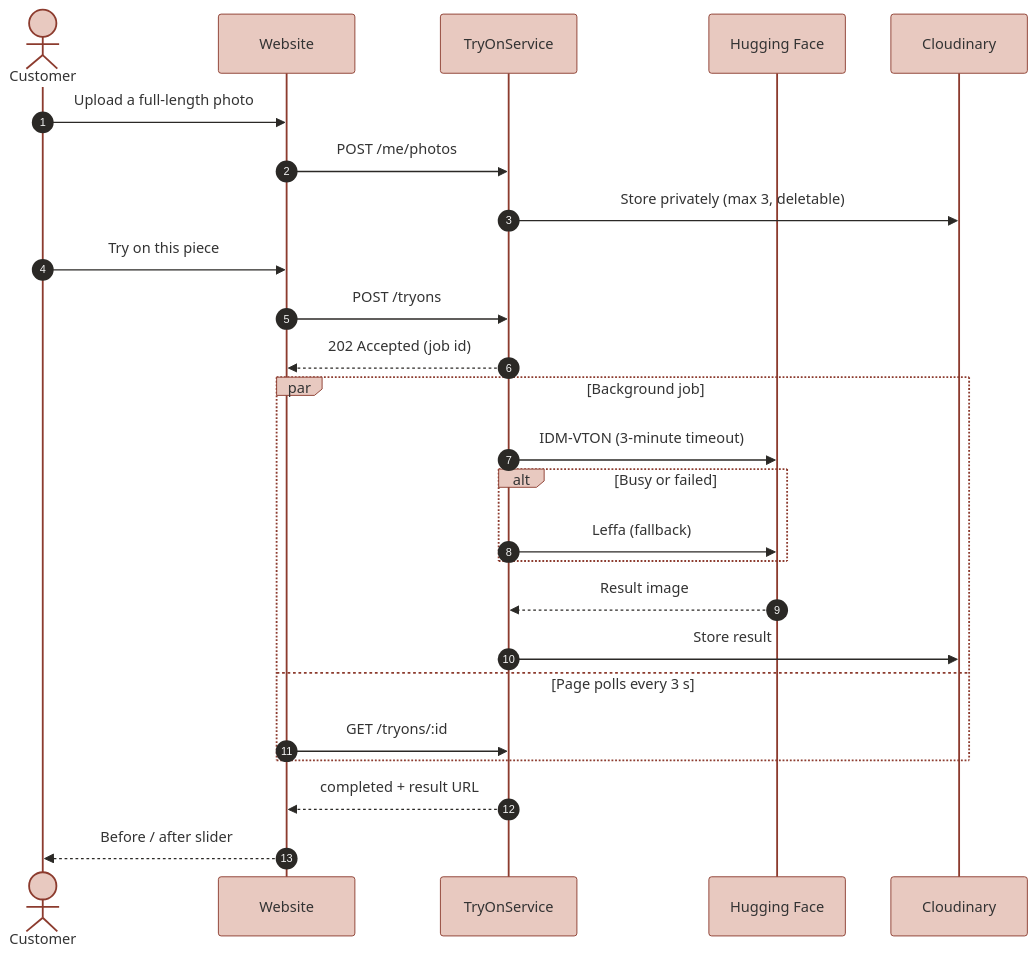
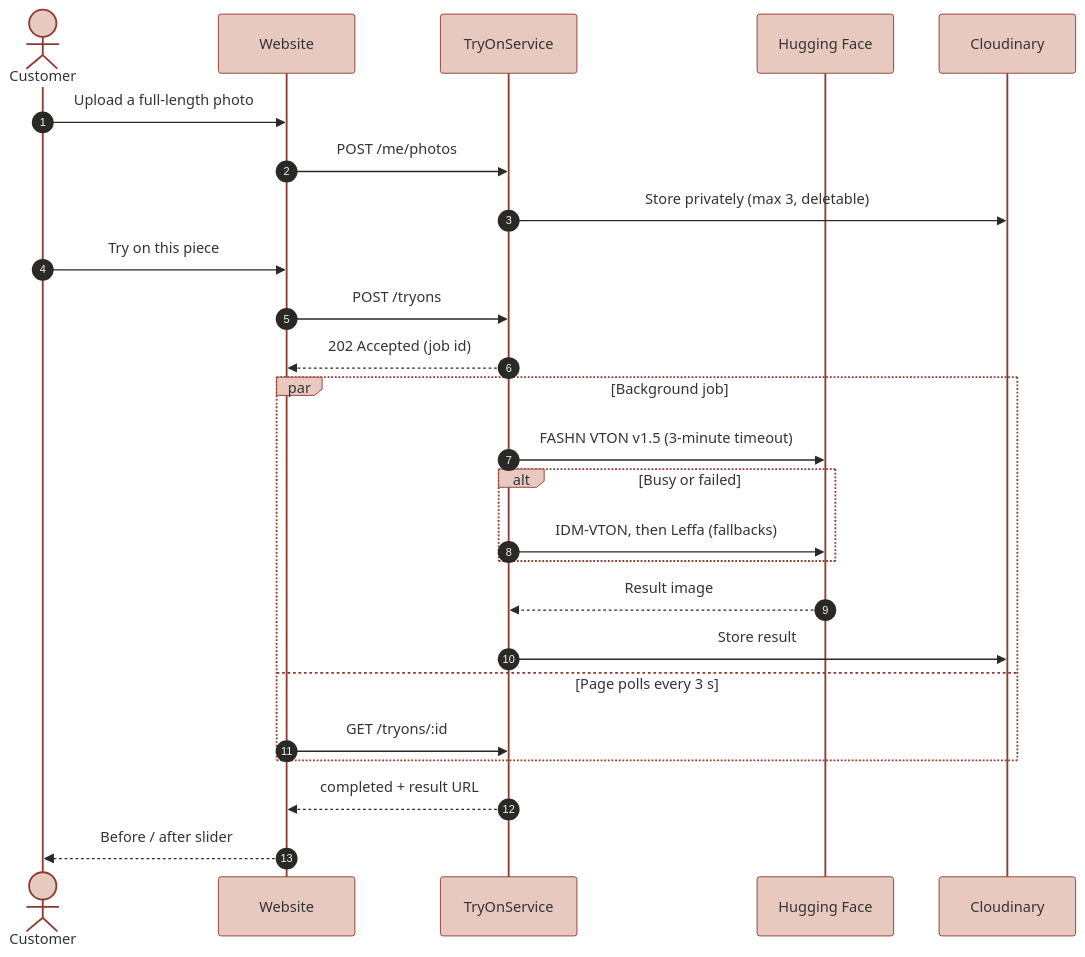
One commit to raheemxghumman/kapra-planner changed the fourth of 10 diagrams in README.md. Above: the diagram before and after it, drawn with Mermaid. The commit also changed other lines of this file and 1 other file, not shown here.

First line of the commit message:
docs: realistic live try-on and FASHN in the README

````diff
--- a/README.md
+++ b/README.md
@@ -287,29 +287,29 @@
 ```mermaid
 %%{init: {'theme':'base','themeVariables':{'fontFamily':'Inter, Segoe UI, sans-serif','actorBkg':'#E8C9C0','actorBorder':'#8C3B2E','signalColor':'#2B2926','noteBkgColor':'#FBE3C8','noteBorderColor':'#D9772B'}}}%%
 sequenceDiagram
   autonumber
   actor C as Customer
   participant W as Website
   participant T as TryOnService
   participant H as Hugging Face
   participant CL as Cloudinary
 
   C->>W: Upload a full-length photo
   W->>T: POST /me/photos
   T->>CL: Store privately (max 3, deletable)
   C->>W: Try on this piece
   W->>T: POST /tryons
   T-->>W: 202 Accepted (job id)
   par Background job
-    T->>H: IDM-VTON (3-minute timeout)
+    T->>H: FASHN VTON v1.5 (3-minute timeout)
     alt Busy or failed
-      T->>H: Leffa (fallback)
+      T->>H: IDM-VTON, then Leffa (fallbacks)
     end
     H-->>T: Result image
     T->>CL: Store result
   and Page polls every 3 s
     W->>T: GET /tryons/:id
   end
   T-->>W: completed + result URL
   W-->>C: Before / after slider
 ```
````
